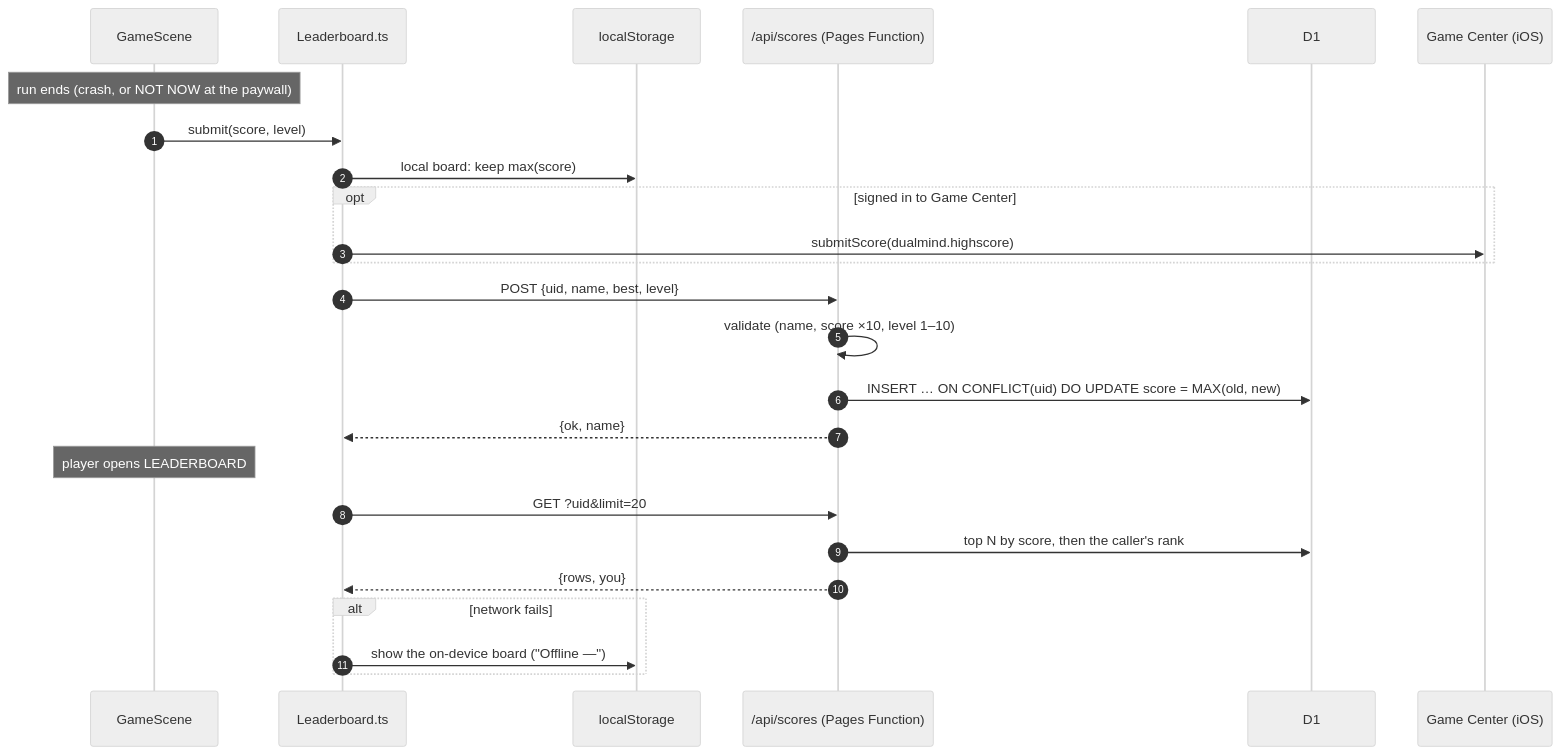
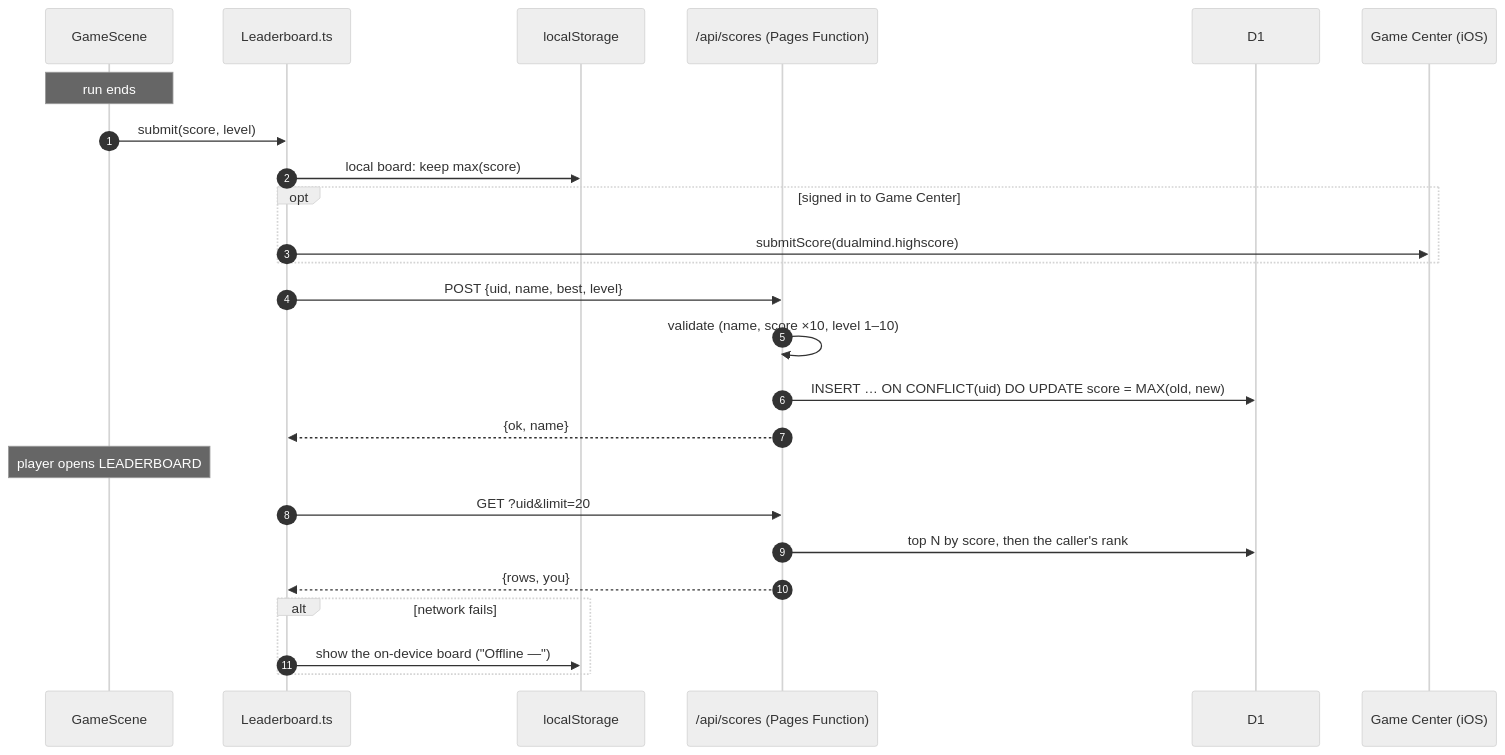
The second of 6 diagrams in README.md (depthark/dual-game), drawn with Mermaid (neutral theme) before and after one commit. The commit also changed other lines of this file and 17 other files, not shown here.

````diff
--- a/README.md
+++ b/README.md
@@ -80,29 +84,29 @@
 ```mermaid
 sequenceDiagram
   autonumber
   participant G as GameScene
   participant L as Leaderboard.ts
   participant LS as localStorage
   participant F as /api/scores (Pages Function)
   participant D as D1
   participant GC as Game Center (iOS)
 
-  Note over G: run ends (crash, or NOT NOW at the paywall)
+  Note over G: run ends
   G->>L: submit(score, level)
   L->>LS: local board: keep max(score)
   opt signed in to Game Center
     L->>GC: submitScore(dualmind.highscore)
   end
   L->>F: POST {uid, name, best, level}
   F->>F: validate (name, score ×10, level 1–10)
   F->>D: INSERT … ON CONFLICT(uid) DO UPDATE score = MAX(old, new)
   F-->>L: {ok, name}
 
   Note over G: player opens LEADERBOARD
   L->>F: GET ?uid&limit=20
   F->>D: top N by score, then the caller's rank
   F-->>L: {rows, you}
   alt network fails
     L->>LS: show the on-device board ("Offline —")
   end
 ```
````
